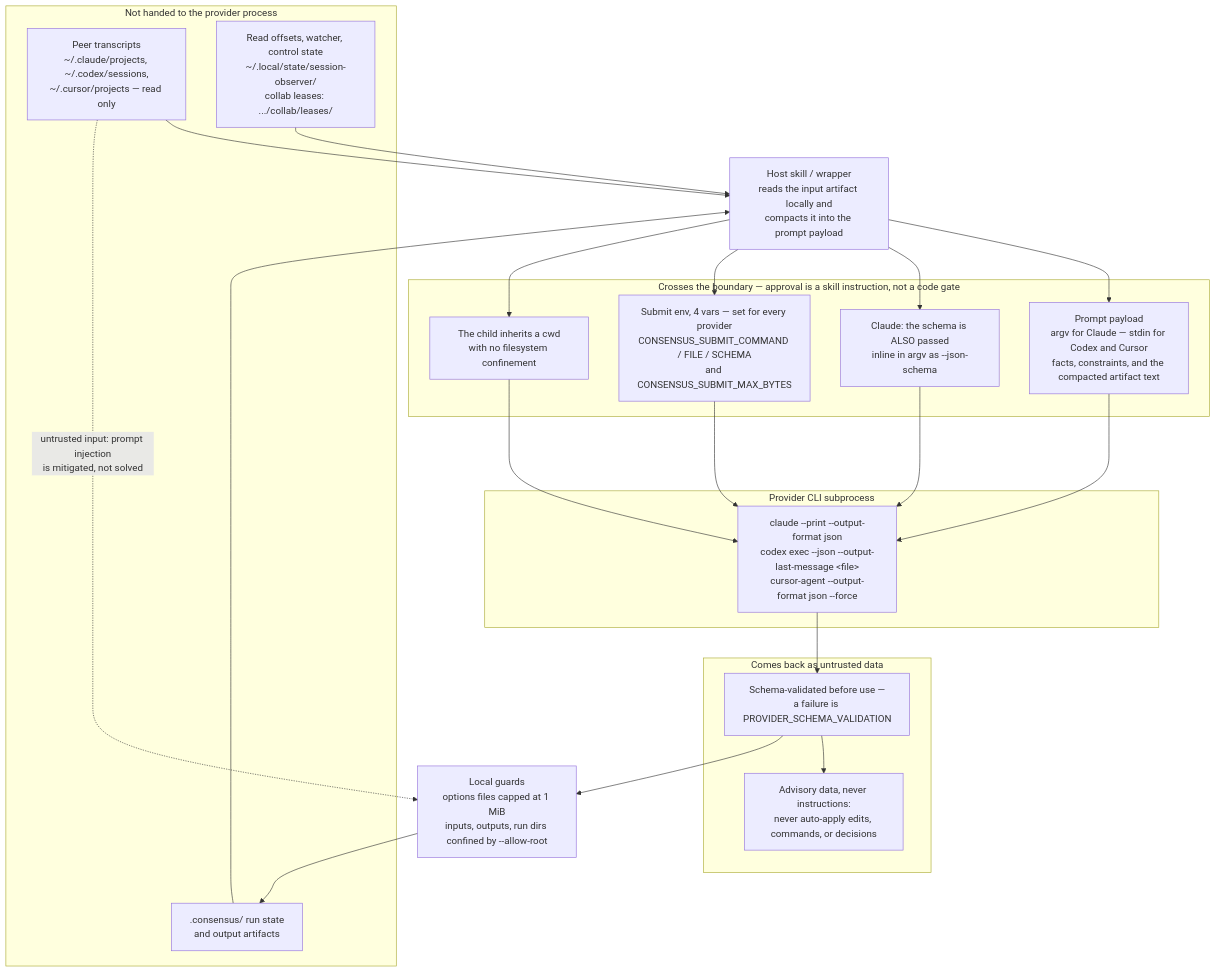
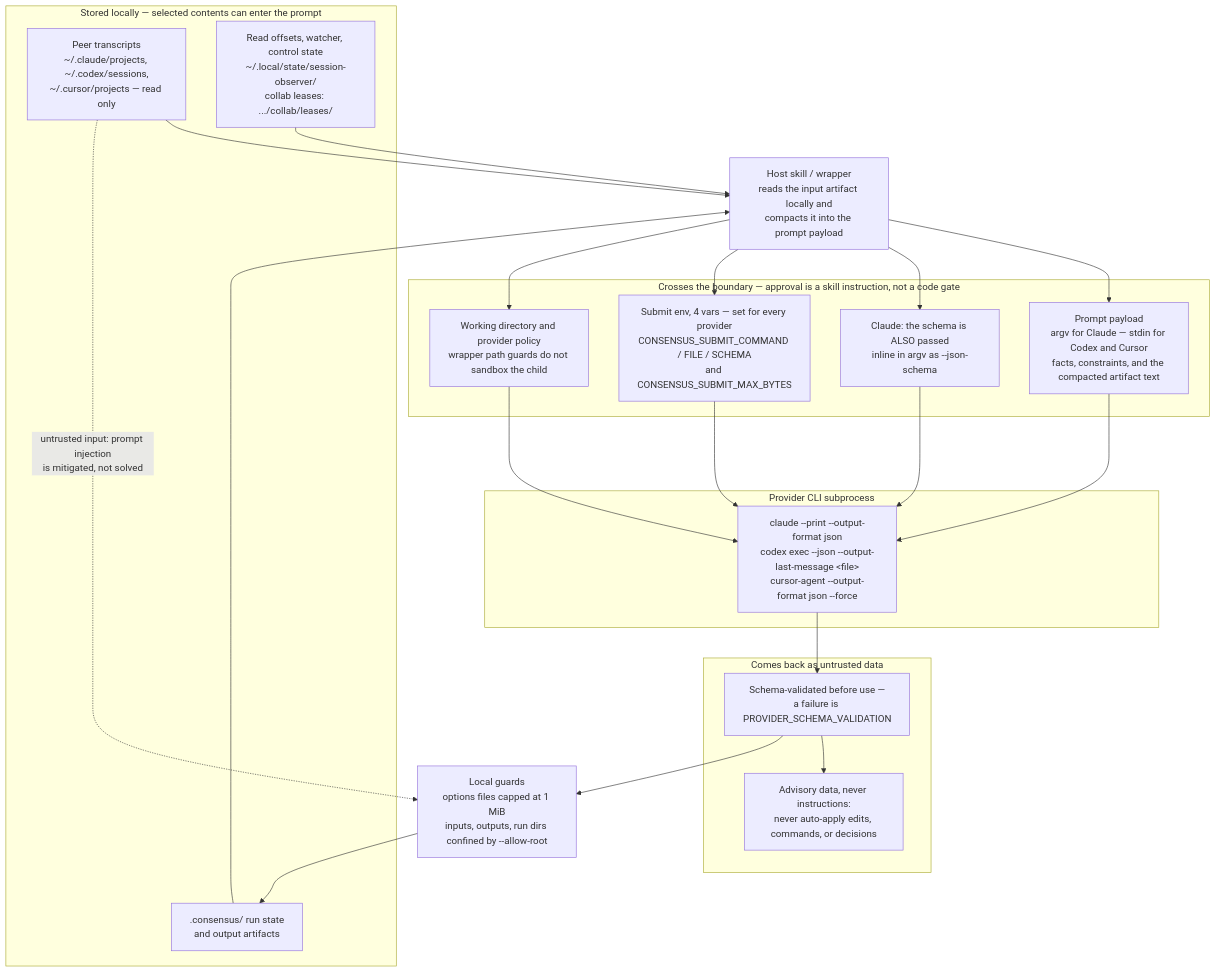
One commit to tkstang/skills changed the third of 3 diagrams in documentation/docs/user-guide/consensus/index.md. Above: the diagram before and after it, drawn with Mermaid. The commit also changed other lines of this file and 6 other files, not shown here.

Commit message:
docs: clarify diagram boundaries and finish review follow-ups

````diff
--- a/documentation/docs/user-guide/consensus/index.md
+++ b/documentation/docs/user-guide/consensus/index.md
@@ -232,40 +243,40 @@
     ```mermaid
     flowchart TB
-      subgraph local["Not handed to the provider process"]
+      subgraph local["Stored locally — selected contents can enter the prompt"]
         TR["Peer transcripts<br/>~/.claude/projects, ~/.codex/sessions,<br/>~/.cursor/projects — read only"]
         ST["Read offsets, watcher, control state<br/>~/.local/state/session-observer/<br/>collab leases: .../collab/leases/"]
         RUN[".consensus/ run state<br/>and output artifacts"]
       end
       HOST["Host skill / wrapper<br/>reads the input artifact locally and<br/>compacts it into the prompt payload"]
       subgraph crossing["Crosses the boundary — approval is a skill instruction, not a code gate"]
         PR["Prompt payload<br/>argv for Claude — stdin for Codex and Cursor<br/>facts, constraints, and the compacted artifact text"]
         SCH["Claude: the schema is ALSO passed<br/>inline in argv as --json-schema"]
         ENV["Submit env, 4 vars — set for every provider<br/>CONSENSUS_SUBMIT_COMMAND / FILE / SCHEMA<br/>and CONSENSUS_SUBMIT_MAX_BYTES"]
-        CWD["The child inherits a cwd<br/>with no filesystem confinement"]
+        CWD["Working directory and provider policy<br/>wrapper path guards do not sandbox the child"]
       end
       subgraph remote["Provider CLI subprocess"]
         PEER["claude --print --output-format json<br/>codex exec --json --output-last-message &lt;file&gt;<br/>cursor-agent --output-format json --force"]
       end
       subgraph back["Comes back as untrusted data"]
         OUT["Schema-validated before use —<br/>a failure is PROVIDER_SCHEMA_VALIDATION"]
         REV["Advisory data, never instructions:<br/>never auto-apply edits, commands, or decisions"]
       end
       GUARD["Local guards<br/>options files capped at 1 MiB<br/>inputs, outputs, run dirs confined by --allow-root"]
 
       TR --> HOST
       ST --> HOST
       RUN --> HOST
       HOST --> PR
       HOST --> SCH
       HOST --> ENV
       HOST --> CWD
       PR --> PEER
       SCH --> PEER
       ENV --> PEER
       CWD --> PEER
       PEER --> OUT
       OUT --> REV
       OUT --> GUARD
       GUARD --> RUN
       TR -.->|"untrusted input: prompt injection<br/>is mitigated, not solved"| GUARD
     ```
````
